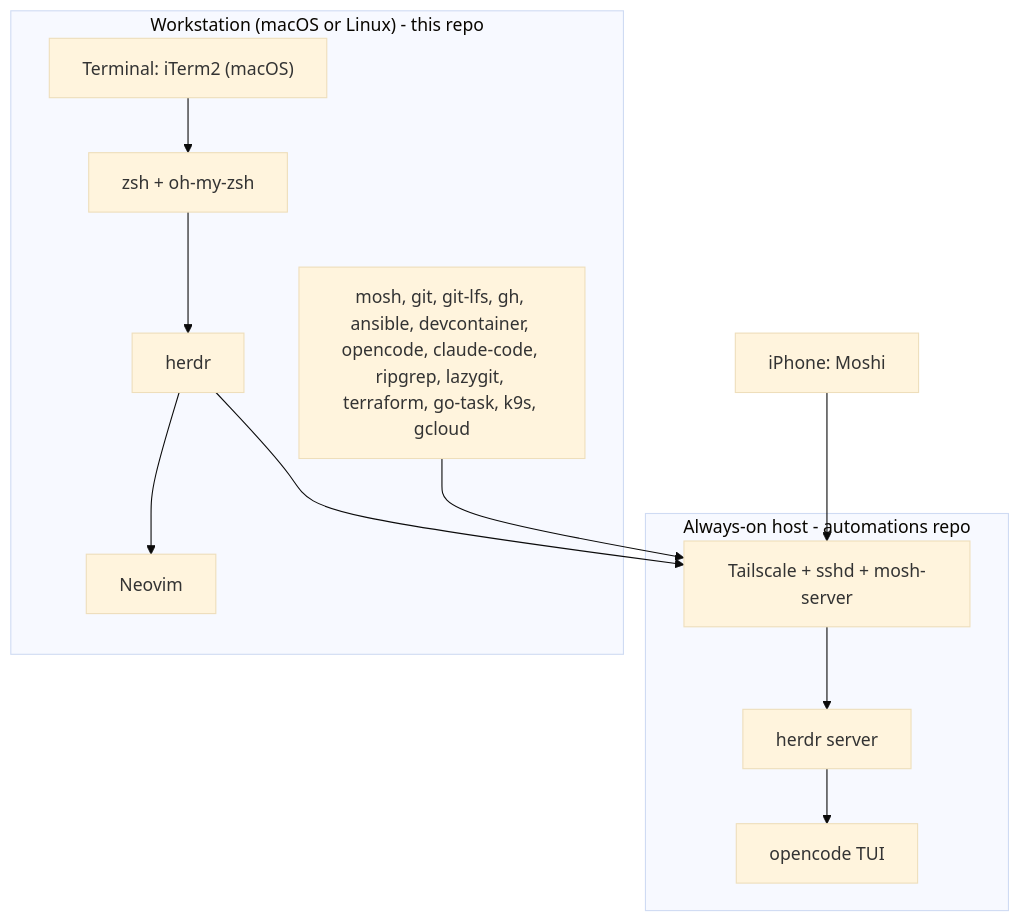
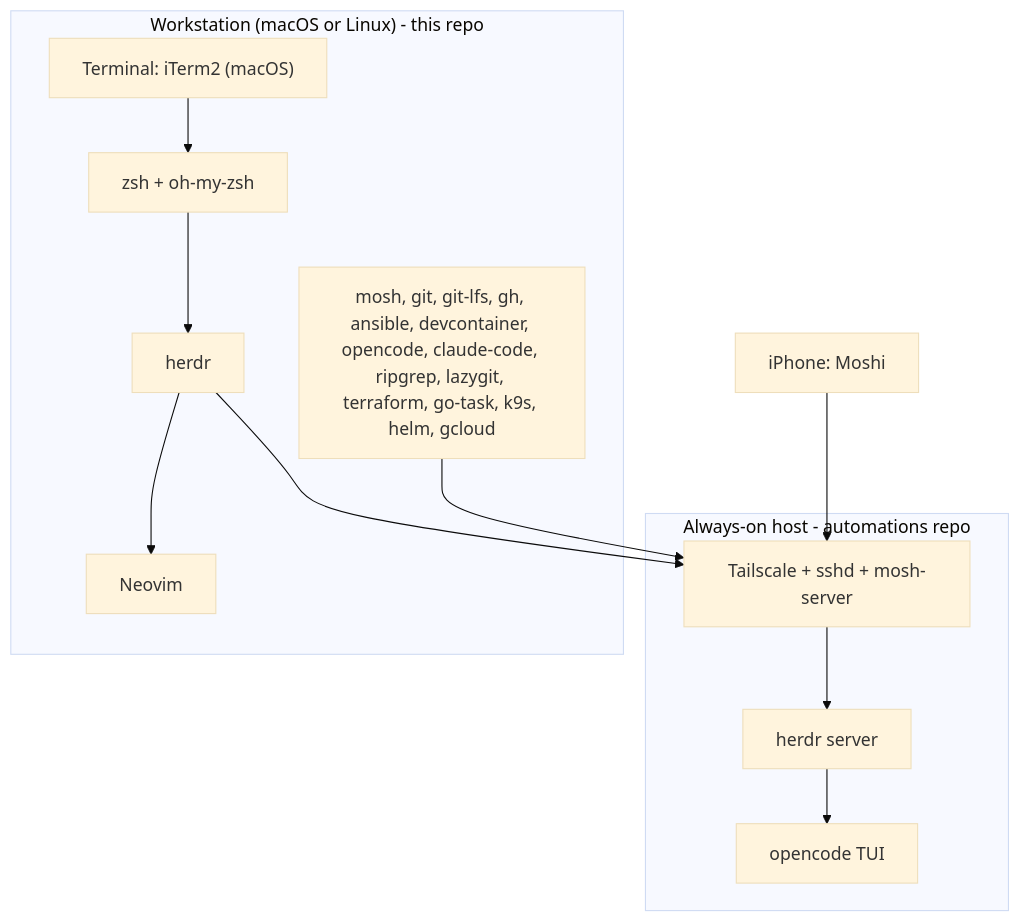
Before and after one commit to jkamenik/tui-ide: the diagram in docs/architecture.md, drawn with Mermaid (base theme). The commit also changed other lines of this file and 7 other files, not shown here.

````diff
--- a/docs/architecture.md
+++ b/docs/architecture.md
@@ -21,26 +21,26 @@
 ```mermaid
 flowchart TB
     subgraph Workstation["Workstation (macOS or Linux) - this repo"]
         Term["Terminal: iTerm2 (macOS)"]
         Shell["zsh + oh-my-zsh"]
         Mux["herdr"]
         Edit["Neovim"]
-        Tools["mosh, git, git-lfs, gh, ansible, devcontainer, opencode, claude-code, ripgrep, lazygit, terraform, go-task, k9s, gcloud"]
+        Tools["mosh, git, git-lfs, gh, ansible, devcontainer, opencode, claude-code, ripgrep, lazygit, terraform, go-task, k9s, helm, gcloud"]
     end
 
     subgraph Remote["Always-on host - automations repo"]
         TSNet["Tailscale + sshd + mosh-server"]
         Hmux["herdr server"]
         Agent["opencode TUI"]
     end
 
     IOS["iPhone: Moshi"]
 
     Term --> Shell --> Mux
     Mux --> Edit
     Mux --> TSNet
     Tools --> TSNet
     IOS --> TSNet
     TSNet --> Hmux
     Hmux --> Agent
 ```
````
